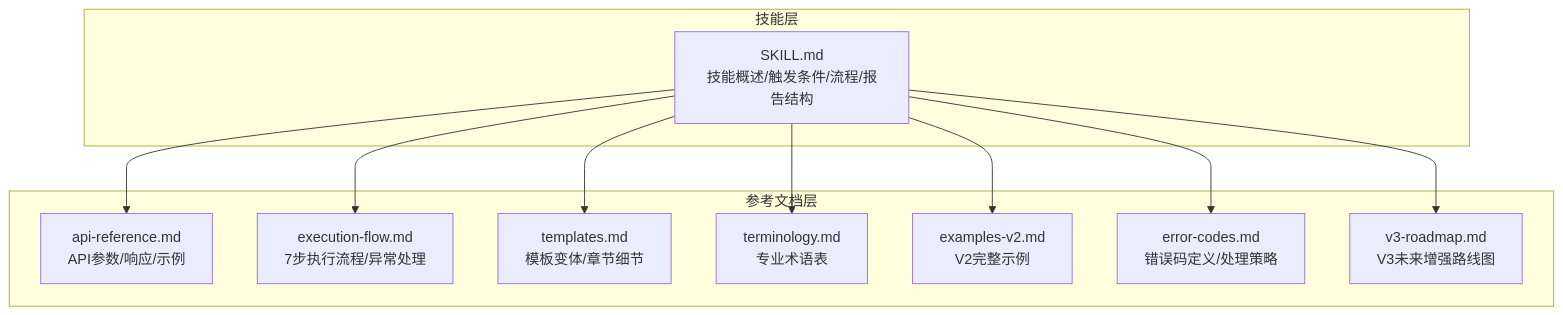
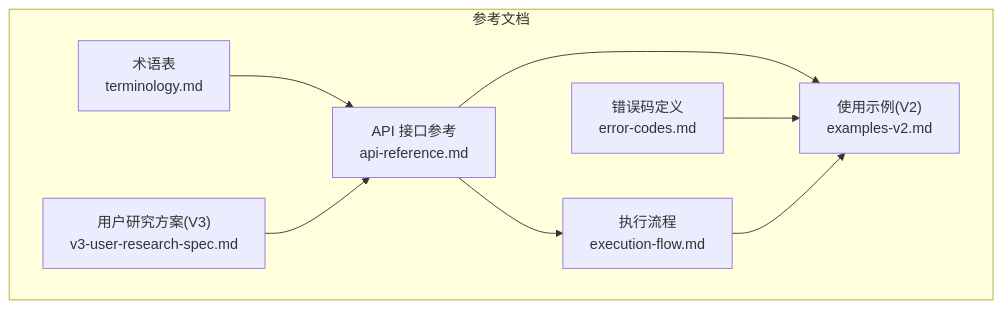
One commit to daoAgents/task-execution-summary changed the first of 8 diagrams in .qoder/repowiki/zh/content/项目概述.md. Above: the diagram before and after it, drawn with Mermaid. The commit also changed other lines of this file and 33 other files, not shown here.

````diff
--- a/.qoder/repowiki/zh/content/项目概述.md
+++ b/.qoder/repowiki/zh/content/项目概述.md
@@ -52,22 +37,17 @@
 ```mermaid
 graph TB
-subgraph "技能层"
-SKILL["SKILL.md<br/>技能概述/触发条件/流程/报告结构"]
+subgraph "参考文档"
+A["API 接口参考<br/>api-reference.md"]
+B["错误码定义<br/>error-codes.md"]
+C["使用示例(V2)<br/>examples-v2.md"]
+D["执行流程<br/>execution-flow.md"]
+E["术语表<br/>terminology.md"]
+F["用户研究方案(V3)<br/>v3-user-research-spec.md"]
 end
-subgraph "参考文档层"
-API["api-reference.md<br/>API参数/响应/示例"]
-EXEC["execution-flow.md<br/>7步执行流程/异常处理"]
-TPL["templates.md<br/>模板变体/章节细节"]
-TERM["terminology.md<br/>专业术语表"]
-EX_V2["examples-v2.md<br/>V2完整示例"]
-ERR["error-codes.md<br/>错误码定义/处理策略"]
-ROADMAP["v3-roadmap.md<br/>V3未来增强路线图"]
-end
-SKILL --> API
-SKILL --> EXEC
-SKILL --> TPL
-SKILL --> TERM
-SKILL --> EX_V2
-SKILL --> ERR
-SKILL --> ROADMAP
+A --> C
+A --> D
+B --> C
+D --> C
+E --> A
+F --> A
 ```
````
